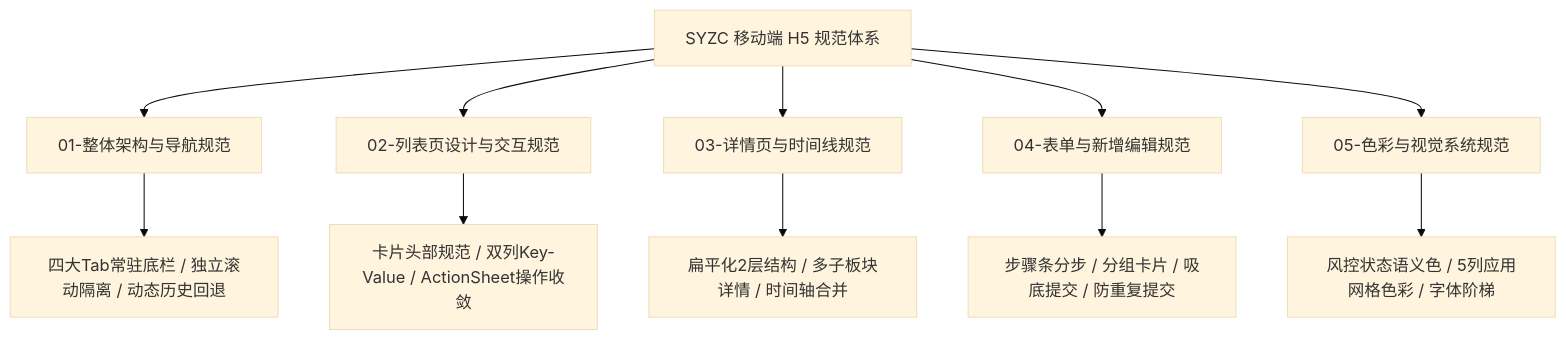
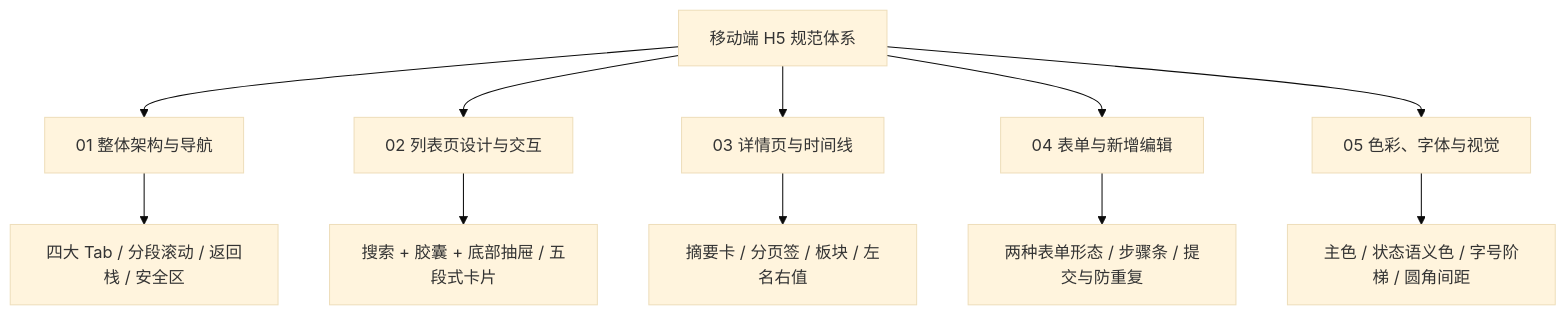
Before and after one commit to RobertHuang999/SYZC: the diagram in 03-前端原型demo/样式规范- H5端/README.md, drawn with Mermaid (base theme). The commit also changed other lines of this file and 81 other files, not shown here.

````diff
--- a/03-前端原型demo/样式规范- H5端/README.md
+++ b/03-前端原型demo/样式规范- H5端/README.md
@@ -14,16 +27,15 @@
 ```mermaid
 graph TD
-    H5Spec[SYZC 移动端 H5 规范体系]
-    
-    H5Spec --> S1[01-整体架构与导航规范]
-    H5Spec --> S2[02-列表页设计与交互规范]
-    H5Spec --> S3[03-详情页与时间线规范]
-    H5Spec --> S4[04-表单与新增编辑规范]
-    H5Spec --> S5[05-色彩与视觉系统规范]
+    H5Spec[移动端 H5 规范体系]
+    H5Spec --> S1[01 整体架构与导航]
+    H5Spec --> S2[02 列表页设计与交互]
+    H5Spec --> S3[03 详情页与时间线]
+    H5Spec --> S4[04 表单与新增编辑]
+    H5Spec --> S5[05 色彩、字体与视觉]
 
-    S1 --> S1_1[四大Tab常驻底栏 / 独立滚动隔离 / 动态历史回退]
-    S2 --> S2_1[卡片头部规范 / 双列Key-Value / ActionSheet操作收敛]
-    S3 --> S3_1[扁平化2层结构 / 多子板块详情 / 时间轴合并]
-    S4 --> S4_1[步骤条分步 / 分组卡片 / 吸底提交 / 防重复提交]
-    S5 --> S5_1[风控状态语义色 / 5列应用网格色彩 / 字体阶梯]
+    S1 --> S1_1[四大 Tab / 分段滚动 / 返回栈 / 安全区]
+    S2 --> S2_1[搜索 + 胶囊 + 底部抽屉 / 五段式卡片]
+    S3 --> S3_1[摘要卡 / 分页签 / 板块 / 左名右值]
+    S4 --> S4_1[两种表单形态 / 步骤条 / 提交与防重复]
+    S5 --> S5_1[主色 / 状态语义色 / 字号阶梯 / 圆角间距]
 ```
````
